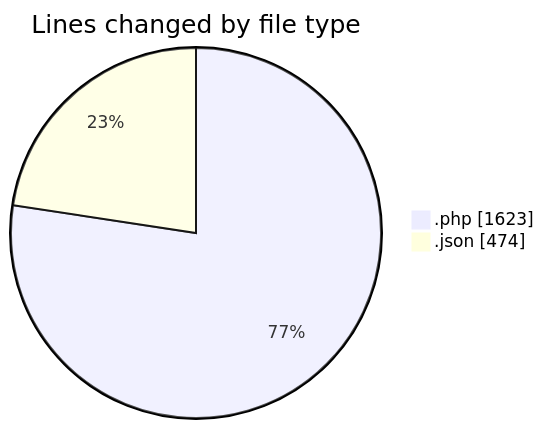
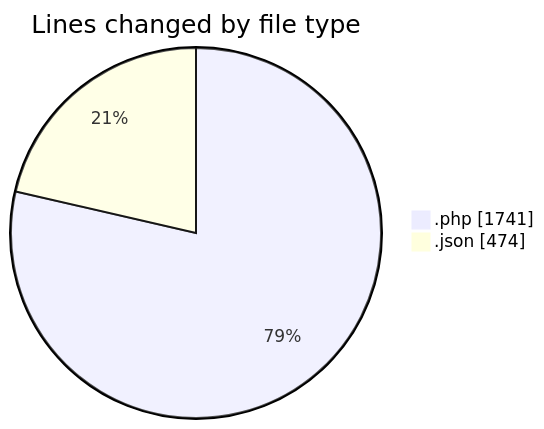
Before and after one commit to idhammustaqopulfikri/code-tracking: the first of 2 diagrams in 2025-06-22/studio-backend/README.md, drawn with Mermaid. The commit also changed other lines of this file and 1 other file, not shown here.

````diff
--- a/2025-06-22/studio-backend/README.md
+++ b/2025-06-22/studio-backend/README.md
@@ -27,6 +28,6 @@
 ```mermaid
 pie showData
 title Lines changed by file type
-".php" : 1623
+".php" : 1741
 ".json" : 474
 ```
````
